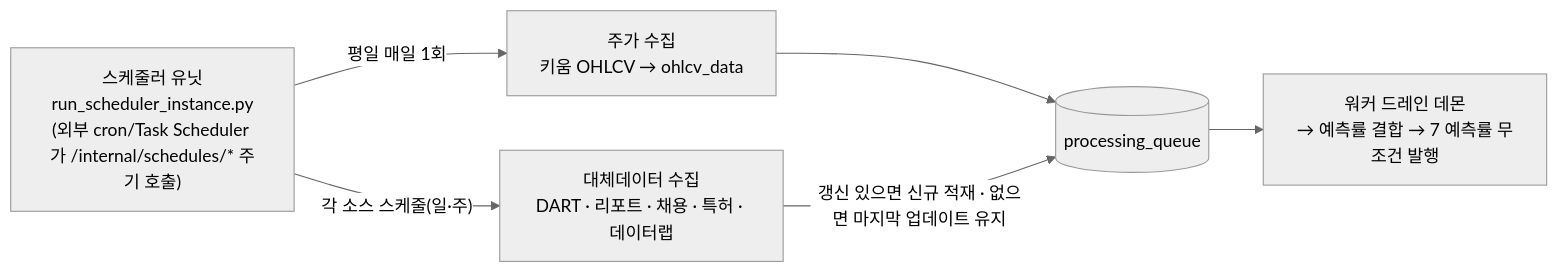
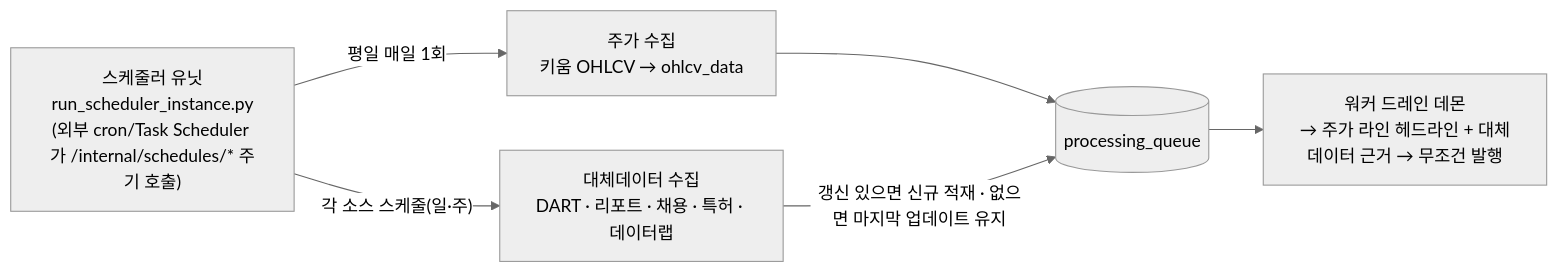
One commit to AIX14-3/signal-alpha changed the second of 3 diagrams in docs/spec/worker-pipeline-detailed.md. Above: the diagram before and after it, drawn with Mermaid (neutral theme). The commit also changed other lines of this file, not shown here.

````diff
--- a/docs/spec/worker-pipeline-detailed.md
+++ b/docs/spec/worker-pipeline-detailed.md
@@ -65,9 +72,9 @@
 ```mermaid
 flowchart LR
   cron["스케줄러 유닛<br/>run_scheduler_instance.py<br/>(외부 cron/Task Scheduler 가 /internal/schedules/* 주기 호출)"]
   cron -- "평일 매일 1회" --> pc["주가 수집<br/>키움 OHLCV → ohlcv_data"]
   cron -- "각 소스 스케줄(일·주)" --> ac["대체데이터 수집<br/>DART · 리포트 · 채용 · 특허 · 데이터랩"]
   pc --> Q2[("processing_queue")]
   ac -- "갱신 있으면 신규 적재 · 없으면 마지막 업데이트 유지" --> Q2
-  Q2 --> drain["워커 드레인 데몬<br/>→ 예측률 결합 → 7 예측률 무조건 발행"]
+  Q2 --> drain["워커 드레인 데몬<br/>→ 주가 라인 헤드라인 + 대체데이터 근거 → 무조건 발행"]
 ```
````
